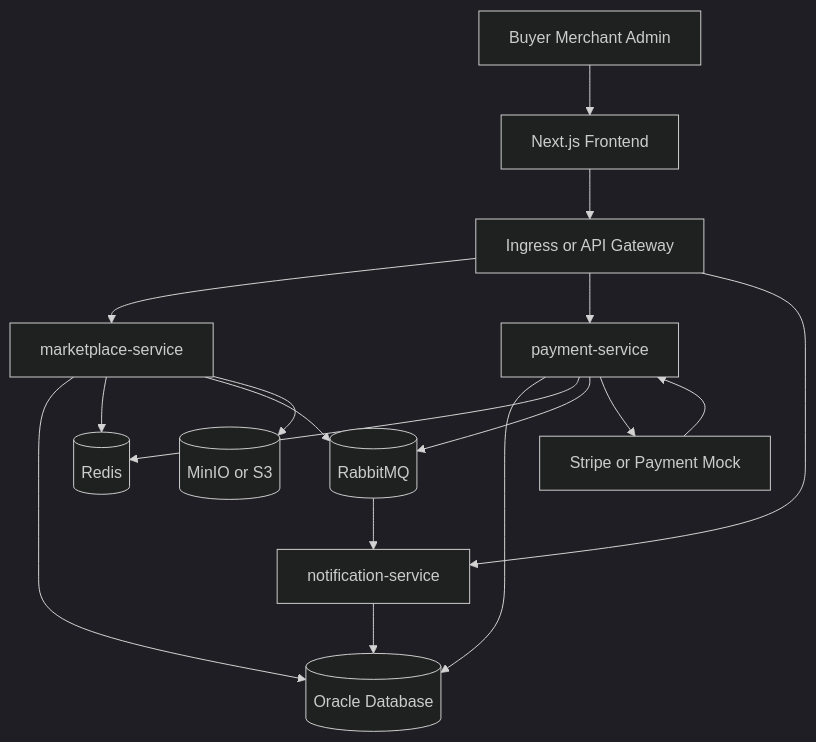
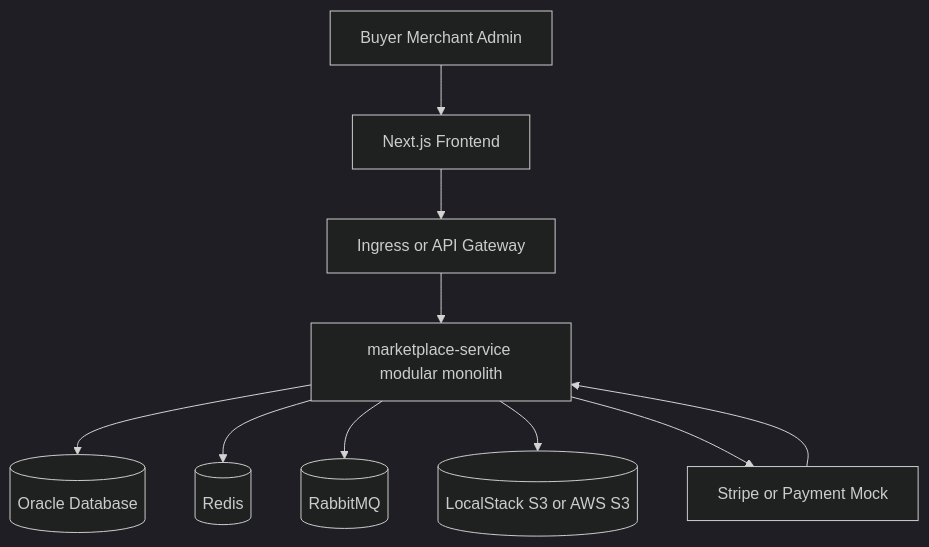
The diagram in docs/md/02_system_architecture.md (quangnt03/MarketplaceXL-spring-ms), drawn with Mermaid (dark theme) before and after one commit. The commit also changed other lines of this file and 41 other files, not shown here.

````diff
--- a/docs/md/02_system_architecture.md
+++ b/docs/md/02_system_architecture.md
@@ -7,26 +7,19 @@
 ```mermaid
 flowchart TD
     User[Buyer Merchant Admin] --> FE[Next.js Frontend]
 
     FE --> GW[Ingress or API Gateway]
 
-    GW --> MS[marketplace-service]
-    GW --> PS[payment-service]
-    GW --> NS[notification-service]
+    GW --> MS[marketplace-service modular monolith]
 
     MS --> DB[(Oracle Database)]
-    PS --> DB
-    NS --> DB
 
     MS --> Redis[(Redis)]
-    PS --> Redis
 
     MS --> MQ[(RabbitMQ)]
-    PS --> MQ
-    MQ --> NS
 
-    MS --> Storage[(MinIO or S3)]
-    PS --> Stripe[Stripe or Payment Mock]
+    MS --> Storage[(LocalStack S3 or AWS S3)]
+    MS --> Stripe[Stripe or Payment Mock]
 
-    Stripe --> PS
+    Stripe --> MS
 ```
````
